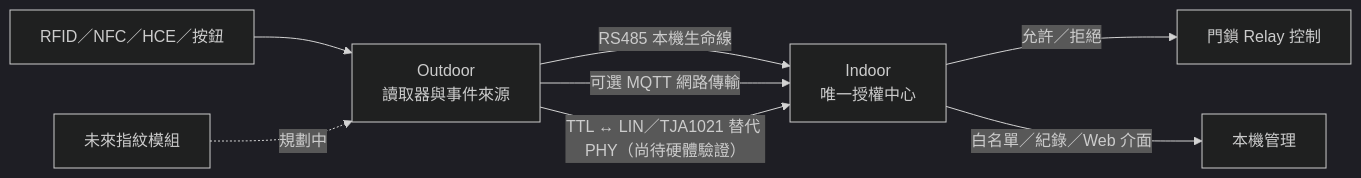
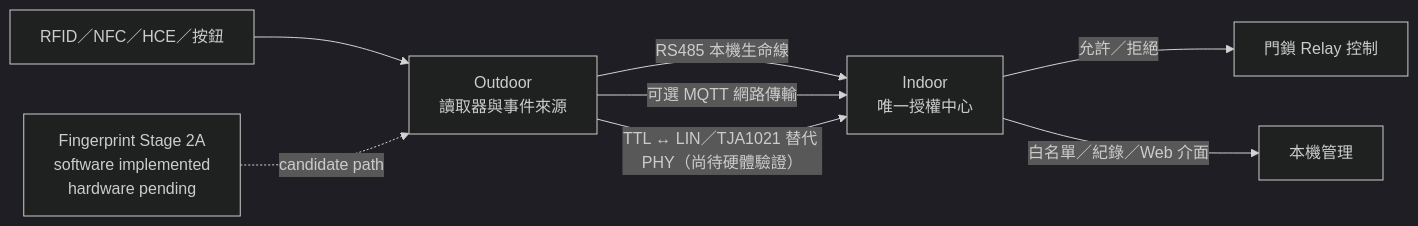
The diagram in README.md (masini1491/access-control-system-showcase), drawn with Mermaid (dark theme) before and after one commit. The commit also changed other lines of this file and 5 other files, not shown here.

````diff
--- a/README.md
+++ b/README.md
@@ -9,10 +9,10 @@
 ```mermaid
 flowchart LR
     RFID[RFID／NFC／HCE／按鈕] --> Outdoor[Outdoor<br/>讀取器與事件來源]
-    Fingerprint[未來指紋模組] -. 規劃中 .-> Outdoor
+    Fingerprint[Fingerprint Stage 2A<br/>software implemented<br/>hardware pending] -. candidate path .-> Outdoor
     Outdoor -->|RS485 本機生命線| Indoor[Indoor<br/>唯一授權中心]
     Outdoor -->|可選 MQTT 網路傳輸| Indoor
     Outdoor -->|TTL ↔ LIN／TJA1021 替代 PHY（尚待硬體驗證）| Indoor
     Indoor -->|允許／拒絕| Relay[門鎖 Relay 控制]
     Indoor -->|白名單／紀錄／Web 介面| Admin[本機管理]
 ```
````
